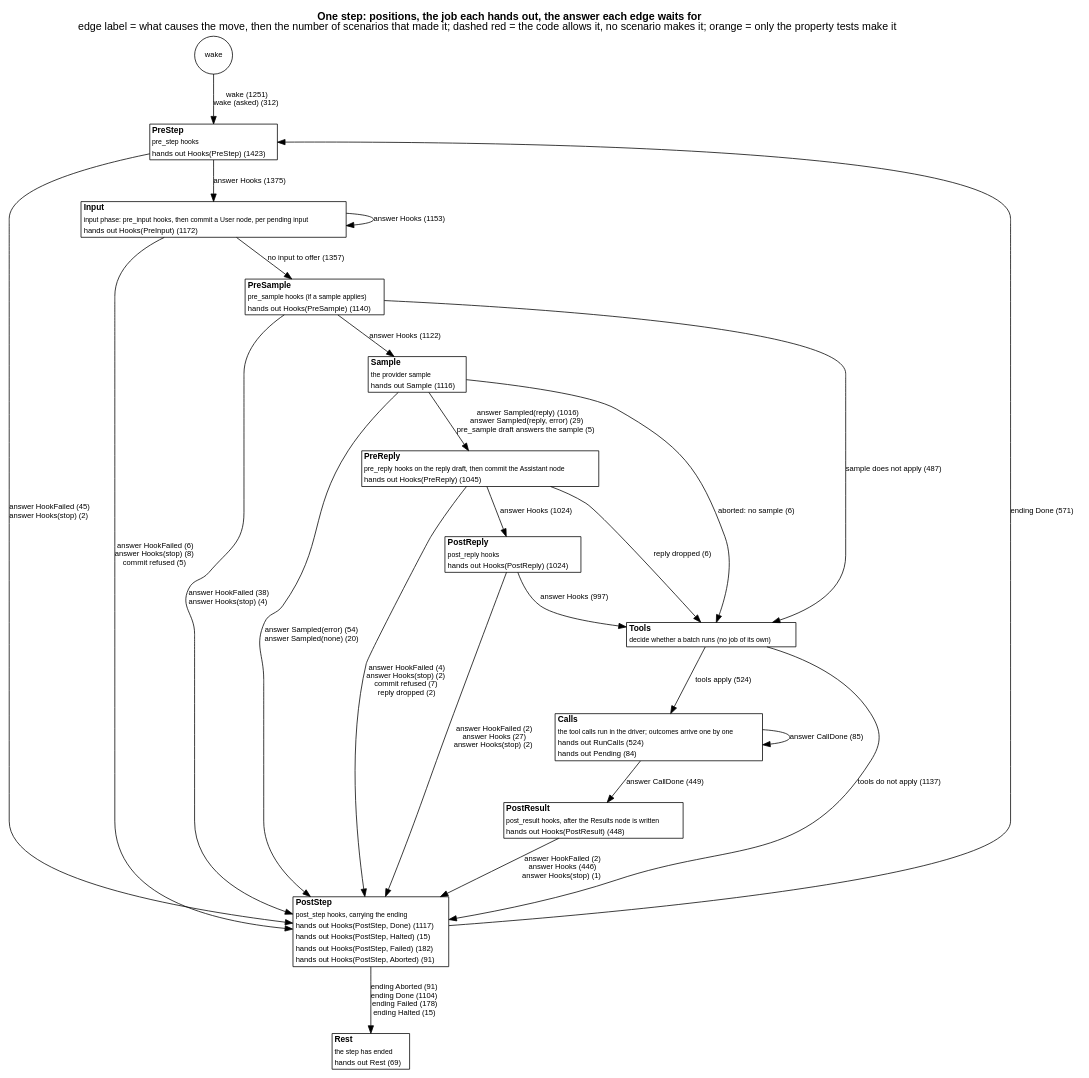
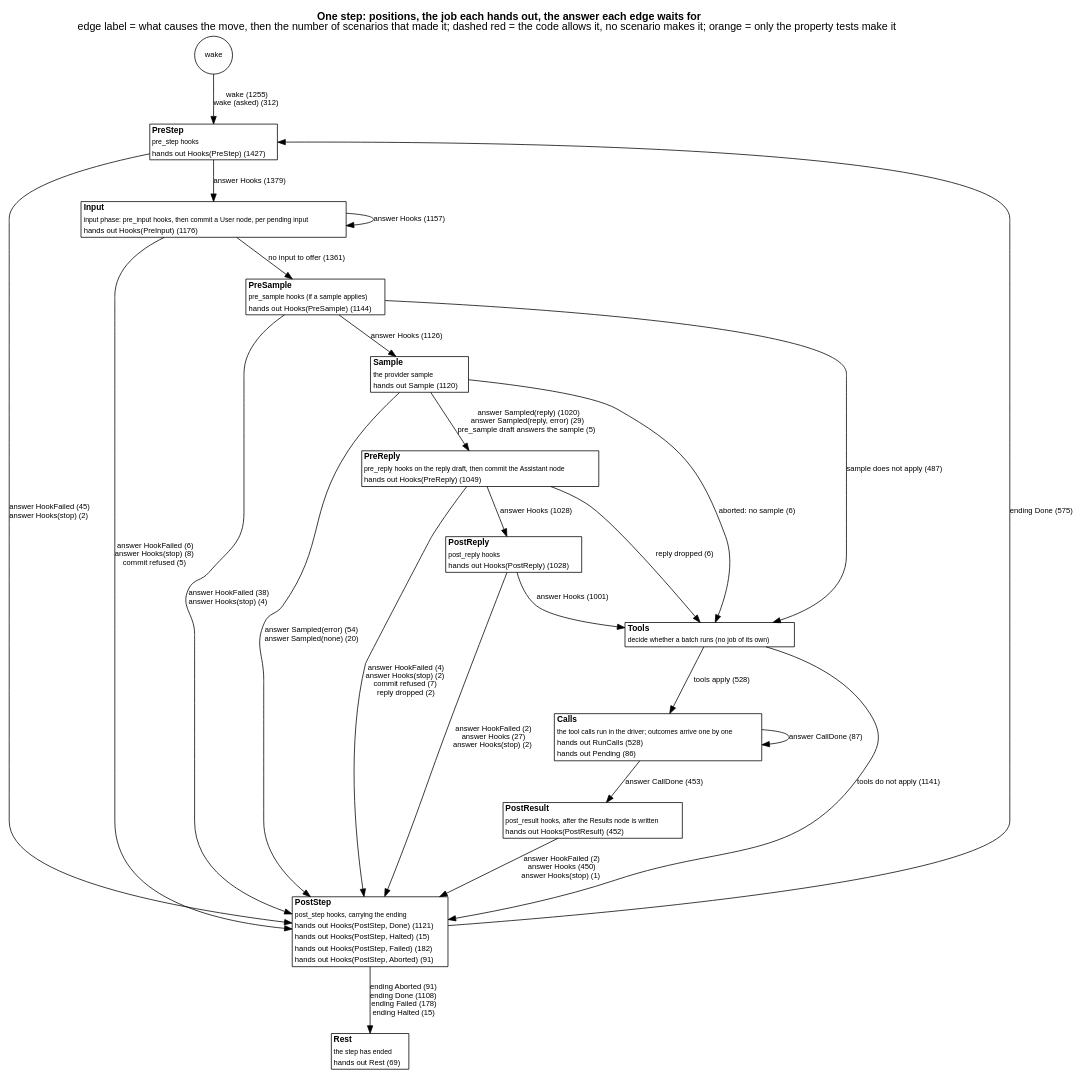
One commit to jmccardle/tau changed the diagram in docs/as-built/diagrams/step-positions.dot. Above: the diagram before and after it, drawn with Graphviz. The commit also changed 12 other files, not shown here.

First line of the commit message:
A Tool whose `call` has a `call_id` parameter is passed the call's id

```diff
--- a/docs/as-built/diagrams/step-positions.dot
+++ b/docs/as-built/diagrams/step-positions.dot
@@ -1,42 +1,42 @@
 // Generated by scripts/diagrams.sh from the test suites' transitions. Do not edit.
 digraph step_positions {
   graph [rankdir=TB, fontname="Helvetica", nodesep=0.5, ranksep=0.6, labelloc=t, label=<<b>One step: positions, the job each hands out, the answer each edge waits for</b><br/>edge label = what causes the move, then the number of scenarios that made it; dashed red = the code allows it, no scenario makes it; orange = only the property tests make it>];
   node [shape=plain, fontname="Helvetica", fontsize=11];
   edge [fontname="Helvetica", fontsize=10];
   "(wake)" [shape=circle, label="wake", fontsize=10];
-  "PreStep" [label=<<table border="1" cellborder="0" cellspacing="0" bgcolor="white"><tr><td align="left"><b>PreStep</b></td></tr><tr><td align="left"><font point-size="9">pre_step hooks</font></td></tr><tr><td align="left"><font color="black" point-size="10">hands out Hooks(PreStep) (1423)</font></td></tr></table>>];
-  "Input" [label=<<table border="1" cellborder="0" cellspacing="0" bgcolor="white"><tr><td align="left"><b>Input</b></td></tr><tr><td align="left"><font point-size="9">input phase: pre_input hooks, then commit a User node, per pending input</font></td></tr><tr><td align="left"><font color="black" point-size="10">hands out Hooks(PreInput) (1172)</font></td></tr></table>>];
-  "PreSample" [label=<<table border="1" cellborder="0" cellspacing="0" bgcolor="white"><tr><td align="left"><b>PreSample</b></td></tr><tr><td align="left"><font point-size="9">pre_sample hooks (if a sample applies)</font></td></tr><tr><td align="left"><font color="black" point-size="10">hands out Hooks(PreSample) (1140)</font></td></tr></table>>];
-  "Sample" [label=<<table border="1" cellborder="0" cellspacing="0" bgcolor="white"><tr><td align="left"><b>Sample</b></td></tr><tr><td align="left"><font point-size="9">the provider sample</font></td></tr><tr><td align="left"><font color="black" point-size="10">hands out Sample (1116)</font></td></tr></table>>];
-  "PreReply" [label=<<table border="1" cellborder="0" cellspacing="0" bgcolor="white"><tr><td align="left"><b>PreReply</b></td></tr><tr><td align="left"><font point-size="9">pre_reply hooks on the reply draft, then commit the Assistant node</font></td></tr><tr><td align="left"><font color="black" point-size="10">hands out Hooks(PreReply) (1045)</font></td></tr></table>>];
-  "PostReply" [label=<<table border="1" cellborder="0" cellspacing="0" bgcolor="white"><tr><td align="left"><b>PostReply</b></td></tr><tr><td align="left"><font point-size="9">post_reply hooks</font></td></tr><tr><td align="left"><font color="black" point-size="10">hands out Hooks(PostReply) (1024)</font></td></tr></table>>];
+  "PreStep" [label=<<table border="1" cellborder="0" cellspacing="0" bgcolor="white"><tr><td align="left"><b>PreStep</b></td></tr><tr><td align="left"><font point-size="9">pre_step hooks</font></td></tr><tr><td align="left"><font color="black" point-size="10">hands out Hooks(PreStep) (1427)</font></td></tr></table>>];
+  "Input" [label=<<table border="1" cellborder="0" cellspacing="0" bgcolor="white"><tr><td align="left"><b>Input</b></td></tr><tr><td align="left"><font point-size="9">input phase: pre_input hooks, then commit a User node, per pending input</font></td></tr><tr><td align="left"><font color="black" point-size="10">hands out Hooks(PreInput) (1176)</font></td></tr></table>>];
+  "PreSample" [label=<<table border="1" cellborder="0" cellspacing="0" bgcolor="white"><tr><td align="left"><b>PreSample</b></td></tr><tr><td align="left"><font point-size="9">pre_sample hooks (if a sample applies)</font></td></tr><tr><td align="left"><font color="black" point-size="10">hands out Hooks(PreSample) (1144)</font></td></tr></table>>];
+  "Sample" [label=<<table border="1" cellborder="0" cellspacing="0" bgcolor="white"><tr><td align="left"><b>Sample</b></td></tr><tr><td align="left"><font point-size="9">the provider sample</font></td></tr><tr><td align="left"><font color="black" point-size="10">hands out Sample (1120)</font></td></tr></table>>];
+  "PreReply" [label=<<table border="1" cellborder="0" cellspacing="0" bgcolor="white"><tr><td align="left"><b>PreReply</b></td></tr><tr><td align="left"><font point-size="9">pre_reply hooks on the reply draft, then commit the Assistant node</font></td></tr><tr><td align="left"><font color="black" point-size="10">hands out Hooks(PreReply) (1049)</font></td></tr></table>>];
+  "PostReply" [label=<<table border="1" cellborder="0" cellspacing="0" bgcolor="white"><tr><td align="left"><b>PostReply</b></td></tr><tr><td align="left"><font point-size="9">post_reply hooks</font></td></tr><tr><td align="left"><font color="black" point-size="10">hands out Hooks(PostReply) (1028)</font></td></tr></table>>];
   "Tools" [label=<<table border="1" cellborder="0" cellspacing="0" bgcolor="white"><tr><td align="left"><b>Tools</b></td></tr><tr><td align="left"><font point-size="9">decide whether a batch runs (no job of its own)</font></td></tr></table>>];
-  "Calls" [label=<<table border="1" cellborder="0" cellspacing="0" bgcolor="white"><tr><td align="left"><b>Calls</b></td></tr><tr><td align="left"><font point-size="9">the tool calls run in the driver; outcomes arrive one by one</font></td></tr><tr><td align="left"><font color="black" point-size="10">hands out RunCalls (524)</font></td></tr><tr><td align="left"><font color="black" point-size="10">hands out Pending (84)</font></td></tr></table>>];
-  "PostResult" [label=<<table border="1" cellborder="0" cellspacing="0" bgcolor="white"><tr><td align="left"><b>PostResult</b></td></tr><tr><td align="left"><font point-size="9">post_result hooks, after the Results node is written</font></td></tr><tr><td align="left"><font color="black" point-size="10">hands out Hooks(PostResult) (448)</font></td></tr></table>>];
-  "PostStep" [label=<<table border="1" cellborder="0" cellspacing="0" bgcolor="white"><tr><td align="left"><b>PostStep</b></td></tr><tr><td align="left"><font point-size="9">post_step hooks, carrying the ending</font></td></tr><tr><td align="left"><font color="black" point-size="10">hands out Hooks(PostStep, Done) (1117)</font></td></tr><tr><td align="left"><font color="black" point-size="10">hands out Hooks(PostStep, Halted) (15)</font></td></tr><tr><td align="left"><font color="black" point-size="10">hands out Hooks(PostStep, Failed) (182)</font></td></tr><tr><td align="left"><font color="black" point-size="10">hands out Hooks(PostStep, Aborted) (91)</font></td></tr></table>>];
+  "Calls" [label=<<table border="1" cellborder="0" cellspacing="0" bgcolor="white"><tr><td align="left"><b>Calls</b></td></tr><tr><td align="left"><font point-size="9">the tool calls run in the driver; outcomes arrive one by one</font></td></tr><tr><td align="left"><font color="black" point-size="10">hands out RunCalls (528)</font></td></tr><tr><td align="left"><font color="black" point-size="10">hands out Pending (86)</font></td></tr></table>>];
+  "PostResult" [label=<<table border="1" cellborder="0" cellspacing="0" bgcolor="white"><tr><td align="left"><b>PostResult</b></td></tr><tr><td align="left"><font point-size="9">post_result hooks, after the Results node is written</font></td></tr><tr><td align="left"><font color="black" point-size="10">hands out Hooks(PostResult) (452)</font></td></tr></table>>];
+  "PostStep" [label=<<table border="1" cellborder="0" cellspacing="0" bgcolor="white"><tr><td align="left"><b>PostStep</b></td></tr><tr><td align="left"><font point-size="9">post_step hooks, carrying the ending</font></td></tr><tr><td align="left"><font color="black" point-size="10">hands out Hooks(PostStep, Done) (1121)</font></td></tr><tr><td align="left"><font color="black" point-size="10">hands out Hooks(PostStep, Halted) (15)</font></td></tr><tr><td align="left"><font color="black" point-size="10">hands out Hooks(PostStep, Failed) (182)</font></td></tr><tr><td align="left"><font color="black" point-size="10">hands out Hooks(PostStep, Aborted) (91)</font></td></tr></table>>];
   "Rest" [label=<<table border="1" cellborder="0" cellspacing="0" bgcolor="white"><tr><td align="left"><b>Rest</b></td></tr><tr><td align="left"><font point-size="9">the step has ended</font></td></tr><tr><td align="left"><font color="black" point-size="10">hands out Rest (69)</font></td></tr></table>>];
-  "(wake)" -> "PreStep" [label=<wake (1251)<br/>wake (asked) (312)>, color="black", style=solid];
-  "Calls" -> "Calls" [label=<answer CallDone (85)>, color="black", style=solid];
-  "Calls" -> "PostResult" [label=<answer CallDone (449)>, color="black", style=solid];
-  "Input" -> "Input" [label=<answer Hooks (1153)>, color="black", style=solid];
+  "(wake)" -> "PreStep" [label=<wake (1255)<br/>wake (asked) (312)>, color="black", style=solid];
+  "Calls" -> "Calls" [label=<answer CallDone (87)>, color="black", style=solid];
+  "Calls" -> "PostResult" [label=<answer CallDone (453)>, color="black", style=solid];
+  "Input" -> "Input" [label=<answer Hooks (1157)>, color="black", style=solid];
   "Input" -> "PostStep" [label=<answer HookFailed (6)<br/>answer Hooks(stop) (8)<br/>commit refused (5)>, color="black", style=solid];
-  "Input" -> "PreSample" [label=<no input to offer (1357)>, color="black", style=solid];
+  "Input" -> "PreSample" [label=<no input to offer (1361)>, color="black", style=solid];
   "PostReply" -> "PostStep" [label=<answer HookFailed (2)<br/>answer Hooks (27)<br/>answer Hooks(stop) (2)>, color="black", style=solid];
-  "PostReply" -> "Tools" [label=<answer Hooks (997)>, color="black", style=solid];
-  "PostResult" -> "PostStep" [label=<answer HookFailed (2)<br/>answer Hooks (446)<br/>answer Hooks(stop) (1)>, color="black", style=solid];
-  "PostStep" -> "PreStep" [label=<ending Done (571)>, color="black", style=solid];
-  "PostStep" -> "Rest" [label=<ending Aborted (91)<br/>ending Done (1104)<br/>ending Failed (178)<br/>ending Halted (15)>, color="black", style=solid];
-  "PreReply" -> "PostReply" [label=<answer Hooks (1024)>, color="black", style=solid];
+  "PostReply" -> "Tools" [label=<answer Hooks (1001)>, color="black", style=solid];
+  "PostResult" -> "PostStep" [label=<answer HookFailed (2)<br/>answer Hooks (450)<br/>answer Hooks(stop) (1)>, color="black", style=solid];
+  "PostStep" -> "PreStep" [label=<ending Done (575)>, color="black", style=solid];
+  "PostStep" -> "Rest" [label=<ending Aborted (91)<br/>ending Done (1108)<br/>ending Failed (178)<br/>ending Halted (15)>, color="black", style=solid];
+  "PreReply" -> "PostReply" [label=<answer Hooks (1028)>, color="black", style=solid];
   "PreReply" -> "PostStep" [label=<answer HookFailed (4)<br/>answer Hooks(stop) (2)<br/>commit refused (7)<br/>reply dropped (2)>, color="black", style=solid];
   "PreReply" -> "Tools" [label=<reply dropped (6)>, color="black", style=solid];
   "PreSample" -> "PostStep" [label=<answer HookFailed (38)<br/>answer Hooks(stop) (4)>, color="black", style=solid];
-  "PreSample" -> "Sample" [label=<answer Hooks (1122)>, color="black", style=solid];
+  "PreSample" -> "Sample" [label=<answer Hooks (1126)>, color="black", style=solid];
   "PreSample" -> "Tools" [label=<sample does not apply (487)>, color="black", style=solid];
-  "PreStep" -> "Input" [label=<answer Hooks (1375)>, color="black", style=solid];
+  "PreStep" -> "Input" [label=<answer Hooks (1379)>, color="black", style=solid];
   "PreStep" -> "PostStep" [label=<answer HookFailed (45)<br/>answer Hooks(stop) (2)>, color="black", style=solid];
   "Sample" -> "PostStep" [label=<answer Sampled(error) (54)<br/>answer Sampled(none) (20)>, color="black", style=solid];
-  "Sample" -> "PreReply" [label=<answer Sampled(reply) (1016)<br/>answer Sampled(reply, error) (29)<br/>pre_sample draft answers the sample (5)>, color="black", style=solid];
+  "Sample" -> "PreReply" [label=<answer Sampled(reply) (1020)<br/>answer Sampled(reply, error) (29)<br/>pre_sample draft answers the sample (5)>, color="black", style=solid];
   "Sample" -> "Tools" [label=<aborted: no sample (6)>, color="black", style=solid];
-  "Tools" -> "Calls" [label=<tools apply (524)>, color="black", style=solid];
-  "Tools" -> "PostStep" [label=<tools do not apply (1137)>, color="black", style=solid];
+  "Tools" -> "Calls" [label=<tools apply (528)>, color="black", style=solid];
+  "Tools" -> "PostStep" [label=<tools do not apply (1141)>, color="black", style=solid];
 }
```
